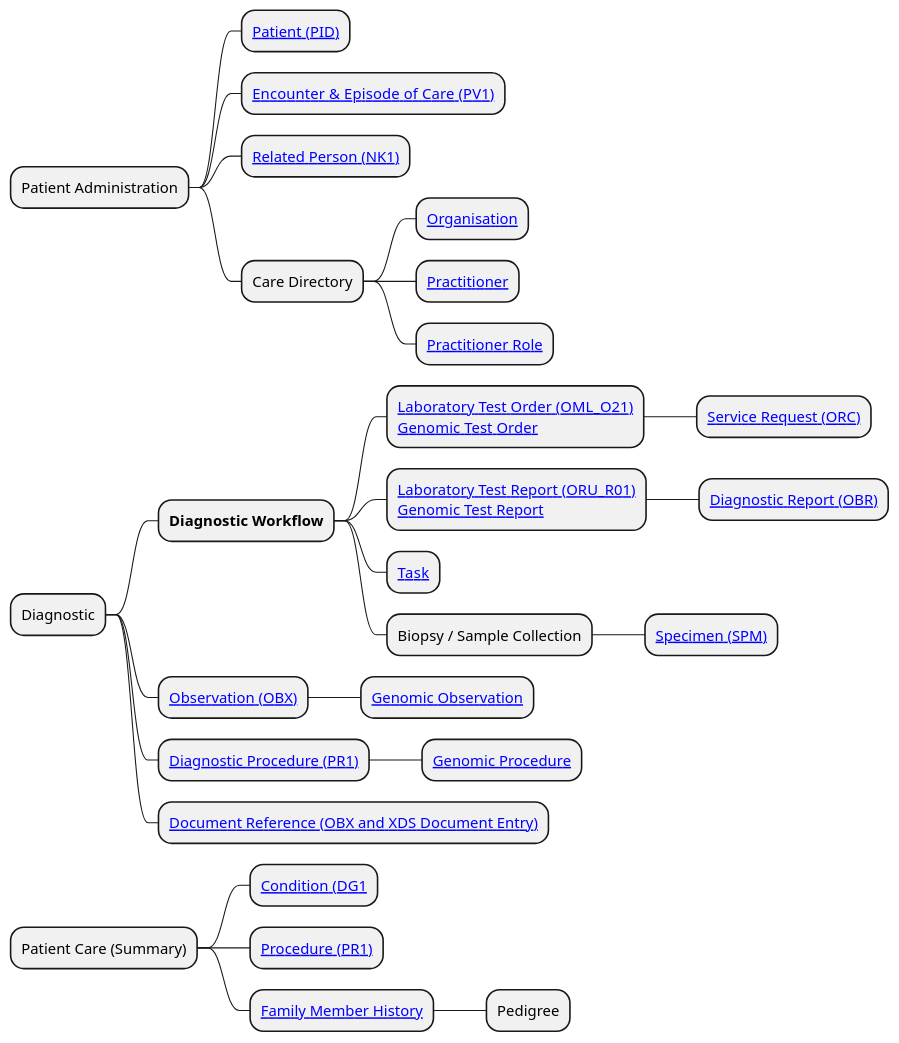
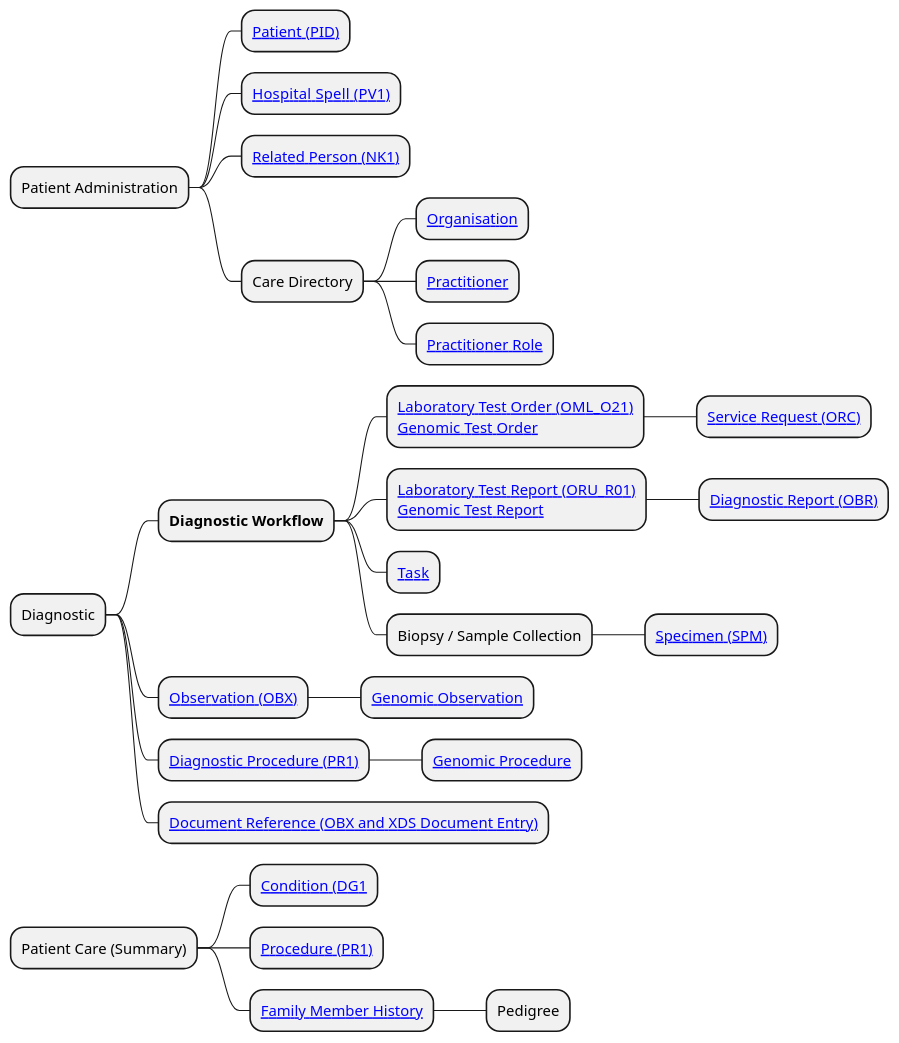
Before and after one commit to uk-gov-mirror/nw-gmsa.nw-gmsa.github.com: the diagram in input/images-source/Diagnostic-Workflow-mindmap.plantuml, drawn with PlantUML. The commit also changed 6 other files, not shown here.

```diff
--- a/input/images-source/Diagnostic-Workflow-mindmap.plantuml
+++ b/input/images-source/Diagnostic-Workflow-mindmap.plantuml
@@ -1,31 +1,31 @@
 @startmindmap
 
 * Patient Administration
 ** [[StructureDefinition-Patient.html Patient (PID)]]
-** [[StructureDefinition-Encounter.html Encounter & Episode of Care  (PV1)]]
+** [[StructureDefinition-HospitalSpell.html Hospital Spell  (PV1)]]
 ** [[StructureDefinition-RelatedPerson.html Related Person (NK1)]]
 ** Care Directory
 *** [[StructureDefinition-Organization.html Organisation]]
 *** [[StructureDefinition-Practitioner.html Practitioner]]
 *** [[StructureDefinition-PractitionerRole.html Practitioner Role]]
 * Diagnostic
 **  <b>Diagnostic Workflow</b>
 *** [[Questionnaire-GenomicTestOrder.html Laboratory Test Order (OML_O21)\nGenomic Test Order]]
 **** [[StructureDefinition-ServiceRequest.html Service Request (ORC)]]
 *** [[Questionnaire-GenomicTestReport.html Laboratory Test Report (ORU_R01)\nGenomic Test Report]]
 **** [[StructureDefinition-DiagnosticReport.html Diagnostic Report (OBR)]]
 *** [[StructureDefinition-Task.html Task]]
 *** Biopsy / Sample Collection
 **** [[StructureDefinition-Specimen Specimen (SPM)]]
 ** [[StructureDefinition-Observation.html Observation (OBX)]]
 *** [[#genomic-observation Genomic Observation]]
 ** [[StructureDefinition-Procedure.html Diagnostic Procedure (PR1)]]
 *** [[#genomic-procedure Genomic Procedure]]
 ** [[StructureDefinition-DocumentReference.html Document Reference (OBX and XDS Document Entry)]]
 * Patient Care (Summary)
 ** [[StructureDefinition-Encounter.html Condition (DG1]]
 ** [[StructureDefinition-Procedure.html Procedure (PR1)]]
 ** [[StructureDefinition-FamilyMemberHistory.html Family Member History]]
 *** Pedigree
 
 @endmindmap
```
